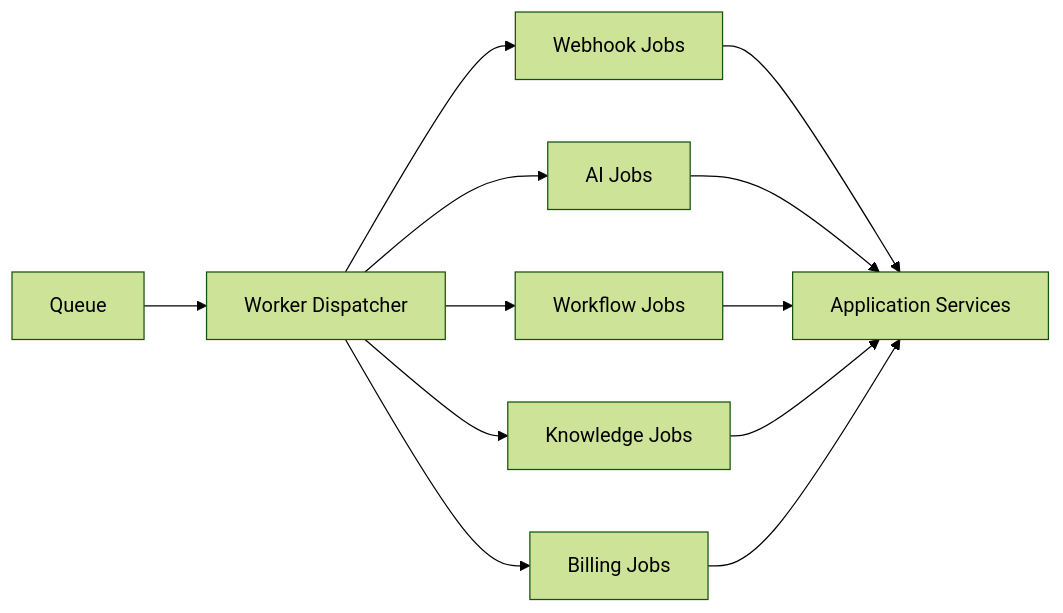
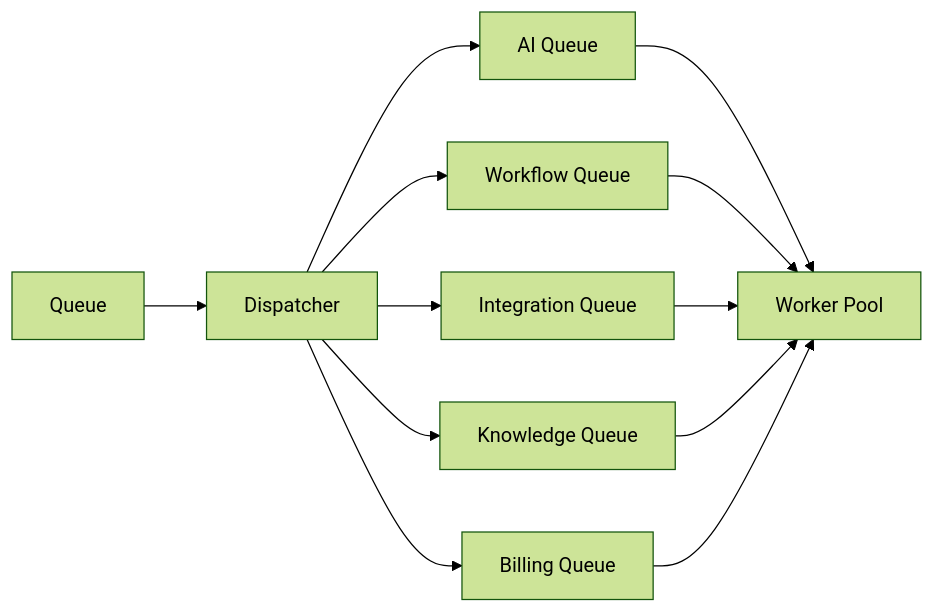
The third of 3 diagrams in docs/architecture/LLD.md (D-engahmed/OMILINKS), drawn with Mermaid (forest theme) before and after one commit. The commit also changed other lines of this file and 4 other files, not shown here.

Commit message:
docs: deepen architecture implementation blueprints

```diff
--- a/docs/architecture/LLD.md
+++ b/docs/architecture/LLD.md
@@ -200,14 +210,14 @@
 ~~~mermaid
 flowchart LR
-BUS[Queue] --> DISPATCH[Worker Dispatcher]
-DISPATCH --> WEBHOOK[Webhook Jobs]
-DISPATCH --> AI[AI Jobs]
-DISPATCH --> WF[Workflow Jobs]
-DISPATCH --> KNOW[Knowledge Jobs]
-DISPATCH --> BILL[Billing Jobs]
-WEBHOOK --> APP[Application Services]
-AI --> APP
-WF --> APP
-KNOW --> APP
-BILL --> APP
+QUEUE[Queue] --> DISPATCH[Dispatcher]
+DISPATCH --> AI[AI Queue]
+DISPATCH --> WF[Workflow Queue]
+DISPATCH --> INT[Integration Queue]
+DISPATCH --> KNOW[Knowledge Queue]
+DISPATCH --> BILL[Billing Queue]
+AI --> WORKER[Worker Pool]
+WF --> WORKER
+INT --> WORKER
+KNOW --> WORKER
+BILL --> WORKER
 ~~~
```
